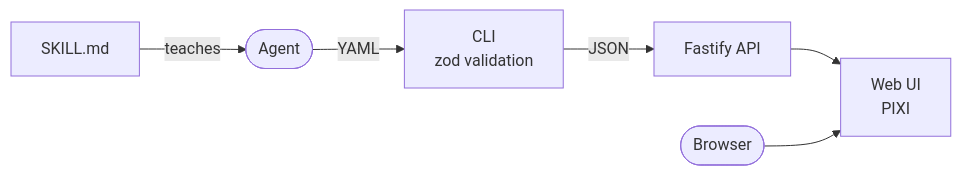
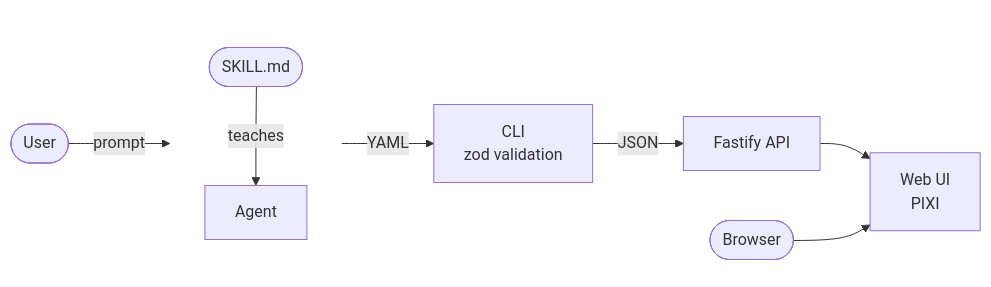
The diagram in README.md (naorsabag/openhop), drawn with Mermaid before and after one commit.

Commit message:
docs(readme): user starts the flow, skill below agent
- Add User as the actual entry point (oval, like Browser)
- Reshape: Agent → rectangle (work surface), SKILL.md → oval
  (external thing teaching the agent)
- Group {agent, skill} in an invisible subgraph with direction TB
  so skill renders below agent rather than to the side

````diff
--- a/README.md
+++ b/README.md
@@ -104,15 +104,23 @@
 ```mermaid
 flowchart LR
-    skill[SKILL.md]
-    agent([Agent])
+    user([User])
     cli[CLI<br/>zod validation]
     api[Fastify API]
     web[Web UI<br/>PIXI]
     browser([Browser])
 
+    subgraph agentBlock [ ]
+        direction TB
+        agent[Agent]
+        skill([SKILL.md])
+    end
+
+    user -- prompt --> agent
     skill -- teaches --> agent
     agent -- YAML --> cli
     cli -- JSON --> api
     api --> web
     browser --> web
+
+    style agentBlock fill:transparent,stroke:none
 ```
````
